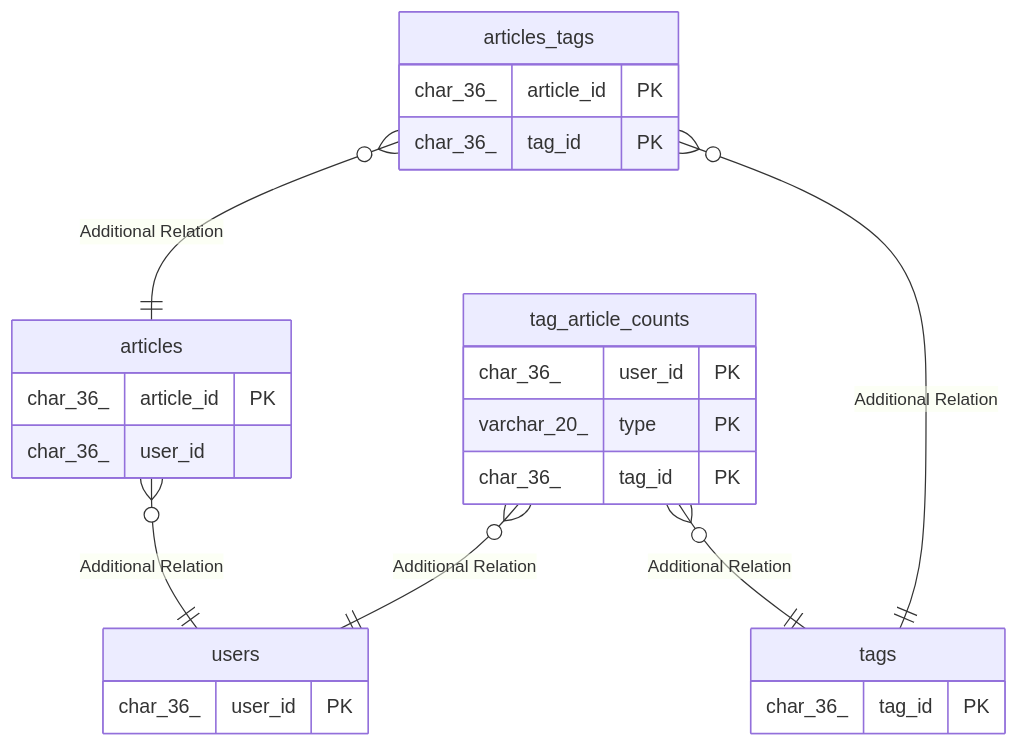
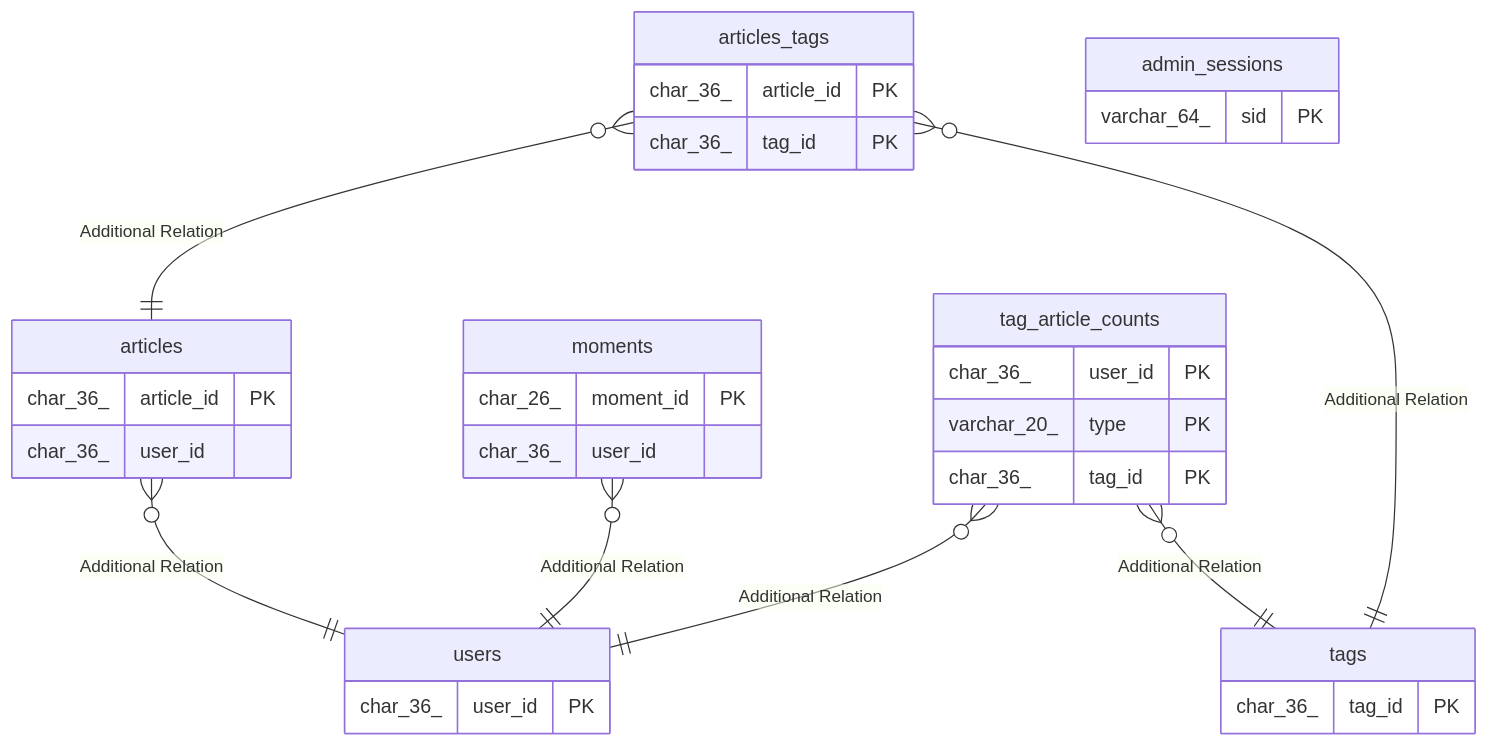
The diagram in docs/source/01_開発ドキュメント/05_db/README.md (shuntaka9576/shuntaka-dev), drawn with Mermaid before and after one commit. The commit also changed other lines of this file and 9 other files, not shown here.

Commit message:
feat: moments / admin_sessions の DDL を追加し blog_dev へ適用（フェーズ 0）

````diff
--- a/docs/source/01_開発ドキュメント/05_db/README.md
+++ b/docs/source/01_開発ドキュメント/05_db/README.md
@@ -15,29 +17,37 @@
 ```mermaid
 erDiagram
 
 "articles" }o--|| "users" : "Additional Relation"
+"moments" }o--|| "users" : "Additional Relation"
 "articles_tags" }o--|| "articles" : "Additional Relation"
 "articles_tags" }o--|| "tags" : "Additional Relation"
 "tag_article_counts" }o--|| "users" : "Additional Relation"
 "tag_article_counts" }o--|| "tags" : "Additional Relation"
 
 "articles" {
   char_36_ article_id PK
   char_36_ user_id
 }
-"tags" {
+"articles_tags" {
+  char_36_ article_id PK
   char_36_ tag_id PK
 }
-"articles_tags" {
-  char_36_ article_id PK
+"tags" {
   char_36_ tag_id PK
 }
 "users" {
   char_36_ user_id PK
 }
 "tag_article_counts" {
   char_36_ user_id PK
   varchar_20_ type PK
   char_36_ tag_id PK
 }
+"moments" {
+  char_26_ moment_id PK
+  char_36_ user_id
+}
+"admin_sessions" {
+  varchar_64_ sid PK
+}
 ```
````
